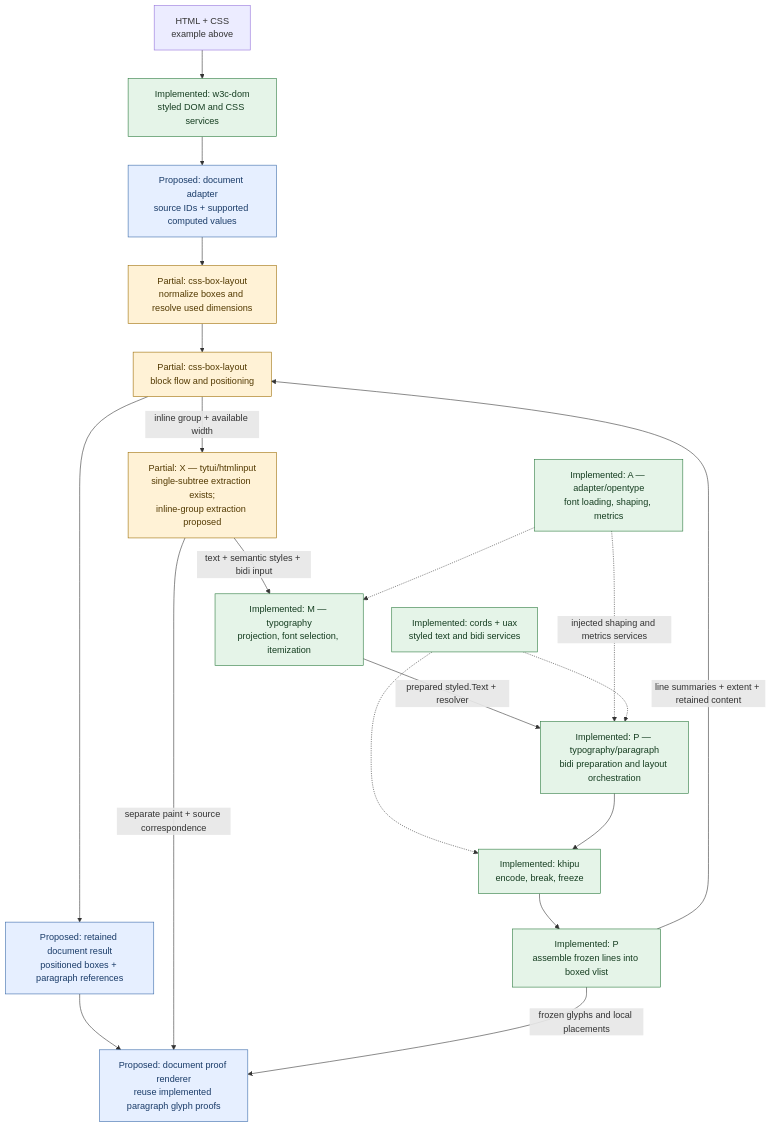
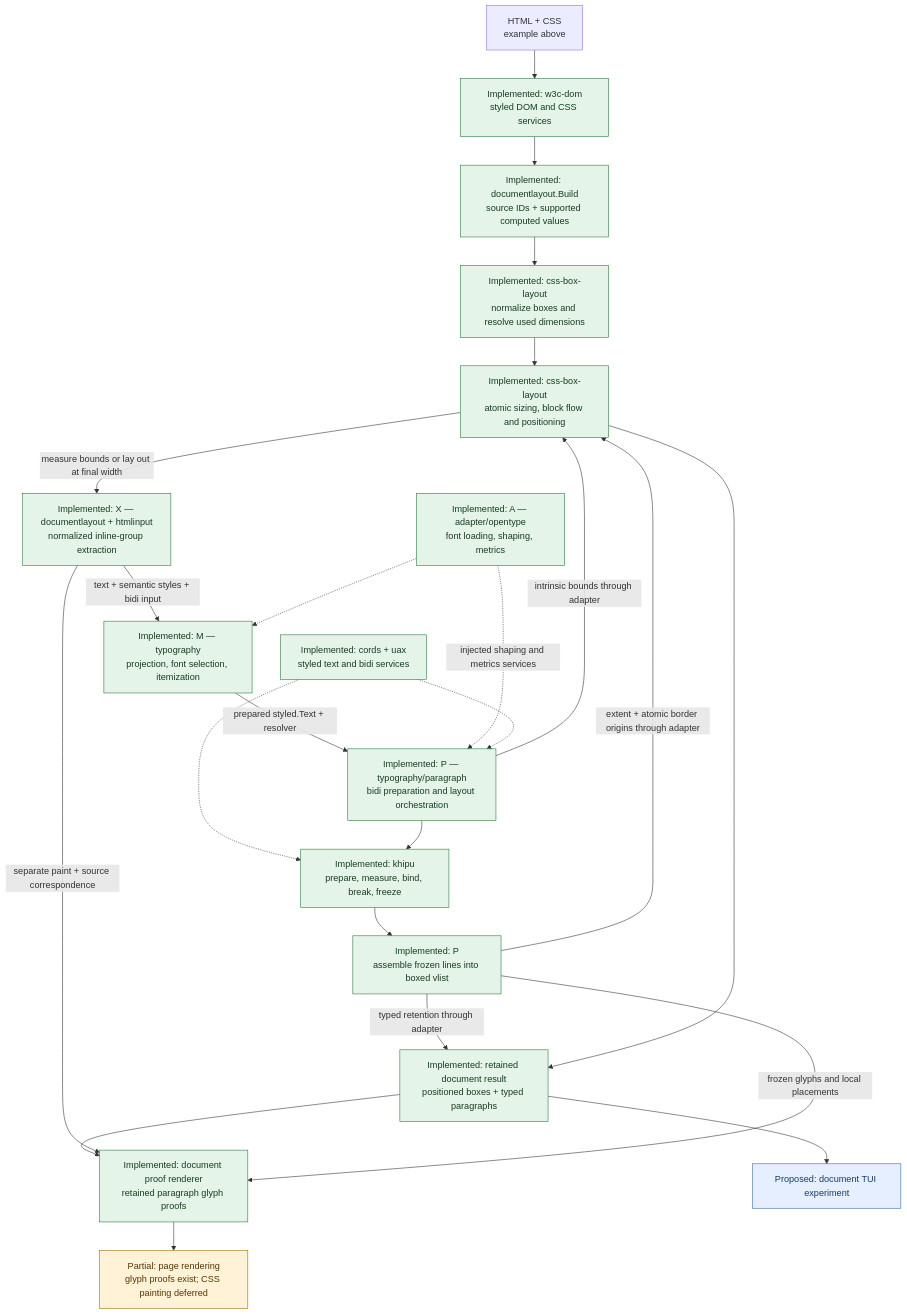
The first of 3 diagrams in doc/DOCUMENT_LAYOUT_VIEWS.md (npillmayer/tytui), drawn with Mermaid before and after one commit. The commit also changed other lines of this file and 5 other files, not shown here.

````diff
--- a/doc/DOCUMENT_LAYOUT_VIEWS.md
+++ b/doc/DOCUMENT_LAYOUT_VIEWS.md
@@ -45,38 +45,44 @@
 ```mermaid
 flowchart TD
     Source["HTML + CSS<br/>example above"]
     DOM["Implemented: w3c-dom<br/>styled DOM and CSS services"]
-    Doc["Proposed: document adapter<br/>source IDs + supported computed values"]
-    Box["Partial: css-box-layout<br/>normalize boxes and resolve used dimensions"]
-    Flow["Partial: css-box-layout<br/>block flow and positioning"]
-    X["Partial: X — tytui/htmlinput<br/>single-subtree extraction exists;<br/>inline-group extraction proposed"]
+    Doc["Implemented: documentlayout.Build<br/>source IDs + supported computed values"]
+    Box["Implemented: css-box-layout<br/>normalize boxes and resolve used dimensions"]
+    Flow["Implemented: css-box-layout<br/>atomic sizing, block flow and positioning"]
+    X["Implemented: X — documentlayout + htmlinput<br/>normalized inline-group extraction"]
     M["Implemented: M — typography<br/>projection, font selection, itemization"]
     P["Implemented: P — typography/paragraph<br/>bidi preparation and layout orchestration"]
-    K["Implemented: khipu<br/>encode, break, freeze"]
+    K["Implemented: khipu<br/>prepare, measure, bind, break, freeze"]
     V["Implemented: P<br/>assemble frozen lines into boxed vlist"]
     A["Implemented: A — adapter/opentype<br/>font loading, shaping, metrics"]
     CU["Implemented: cords + uax<br/>styled text and bidi services"]
-    Result["Proposed: retained document result<br/>positioned boxes + paragraph references"]
-    Render["Proposed: document proof renderer<br/>reuse implemented paragraph glyph proofs"]
+    Result["Implemented: retained document result<br/>positioned boxes + typed paragraphs"]
+    Render["Implemented: document proof renderer<br/>retained paragraph glyph proofs"]
+    UI["Proposed: document TUI experiment"]
+    Paint["Partial: page rendering<br/>glyph proofs exist; CSS painting deferred"]
 
     Source --> DOM --> Doc --> Box --> Flow
-    Flow -->|"inline group + available width"| X
+    Flow -->|"measure bounds or lay out at final width"| X
     X -->|"text + semantic styles + bidi input"| M
     M -->|"prepared styled.Text + resolver"| P
     A -.-> M
     A -.->|"injected shaping and metrics services"| P
     CU -.-> P
     CU -.-> K
     P --> K --> V
-    V -->|"line summaries + extent + retained content"| Flow
+    P -->|"intrinsic bounds through adapter"| Flow
+    V -->|"extent + atomic border origins through adapter"| Flow
+    V -->|"typed retention through adapter"| Result
     Flow --> Result --> Render
+    Result --> UI
+    Render --> Paint
     X -->|"separate paint + source correspondence"| Render
     V -->|"frozen glyphs and local placements"| Render
 
     classDef implemented fill:#e5f4e8,stroke:#28783b,color:#153d20;
     classDef partial fill:#fff2d6,stroke:#9b6b00,color:#523900;
     classDef proposed fill:#e6efff,stroke:#3567a8,color:#193b68;
-    class DOM,M,P,K,V,A,CU implemented;
-    class Box,Flow,X partial;
-    class Doc,Result,Render proposed;
+    class DOM,Doc,Box,Flow,X,M,P,K,V,A,CU,Result,Render implemented;
+    class Paint partial;
+    class UI proposed;
 ```
````
